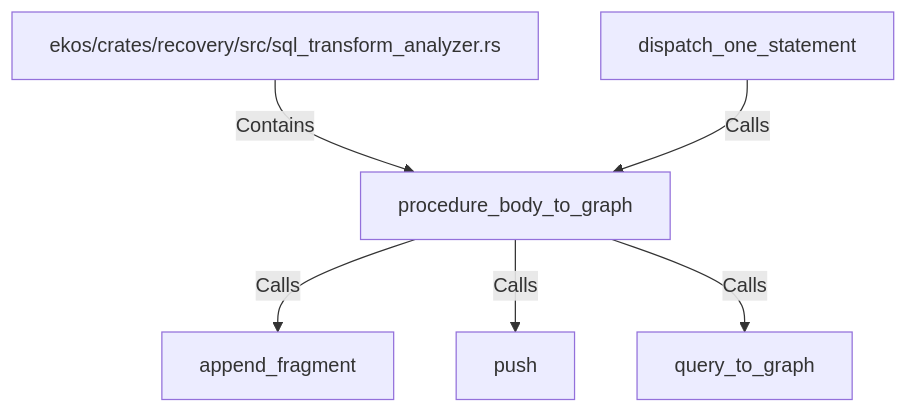
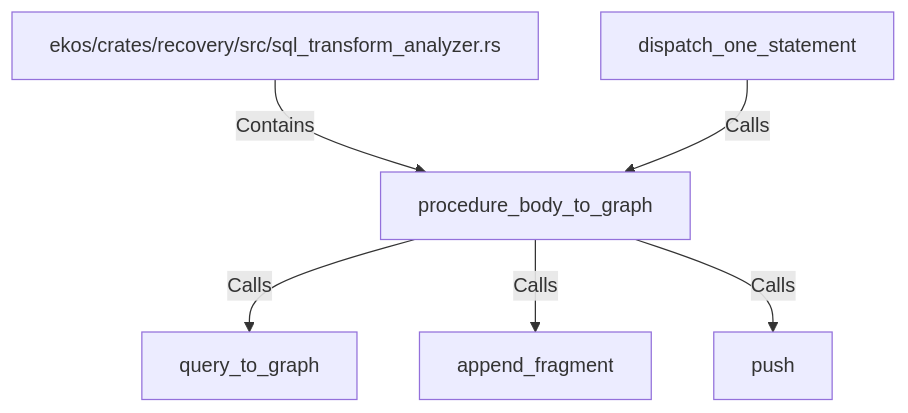
One commit to alexeyban/EKOS changed the diagram in doc/entities/rustsymbol/pr/procedure-body-to-graph.md. Above: the diagram before and after it, drawn with Mermaid. The commit also changed other lines of this file and 552 other files, not shown here.

````diff
--- a/doc/entities/rustsymbol/pr/procedure-body-to-graph.md
+++ b/doc/entities/rustsymbol/pr/procedure-body-to-graph.md
@@ -24,14 +24,14 @@
 ```mermaid
 graph TD
     n7ec44c96a38e5bf58c0f3683d9b61662["procedure_body_to_graph"]
     n987e3fbb31ec576db7947e801336e8c8["ekos/crates/recovery/src/sql_transform_analyzer.rs"]
     n987e3fbb31ec576db7947e801336e8c8 -->|Contains| n7ec44c96a38e5bf58c0f3683d9b61662
     n23b79c8c17485c88b609df3f07bd4779["dispatch_one_statement"]
     n23b79c8c17485c88b609df3f07bd4779 -->|Calls| n7ec44c96a38e5bf58c0f3683d9b61662
+    nf816648ea2ad50bdbd73494fdbbbad49["query_to_graph"]
+    n7ec44c96a38e5bf58c0f3683d9b61662 -->|Calls| nf816648ea2ad50bdbd73494fdbbbad49
     nc9869d767bdc567da3ec83128f3ac4cd["append_fragment"]
     n7ec44c96a38e5bf58c0f3683d9b61662 -->|Calls| nc9869d767bdc567da3ec83128f3ac4cd
     ncc223cbc9afd50869f888c6d484895d1["push"]
     n7ec44c96a38e5bf58c0f3683d9b61662 -->|Calls| ncc223cbc9afd50869f888c6d484895d1
-    nf816648ea2ad50bdbd73494fdbbbad49["query_to_graph"]
-    n7ec44c96a38e5bf58c0f3683d9b61662 -->|Calls| nf816648ea2ad50bdbd73494fdbbbad49
 ```
````
